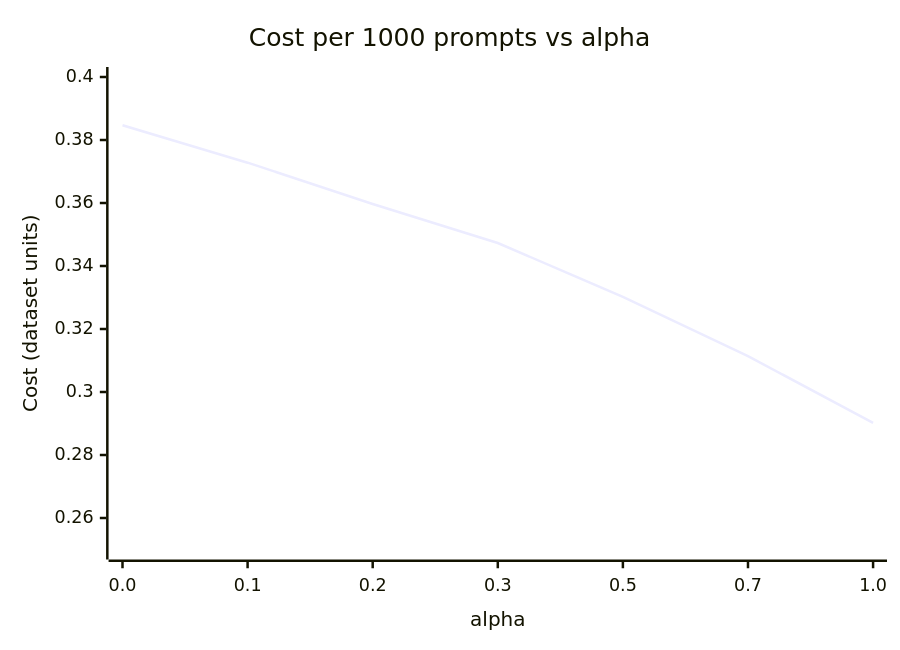
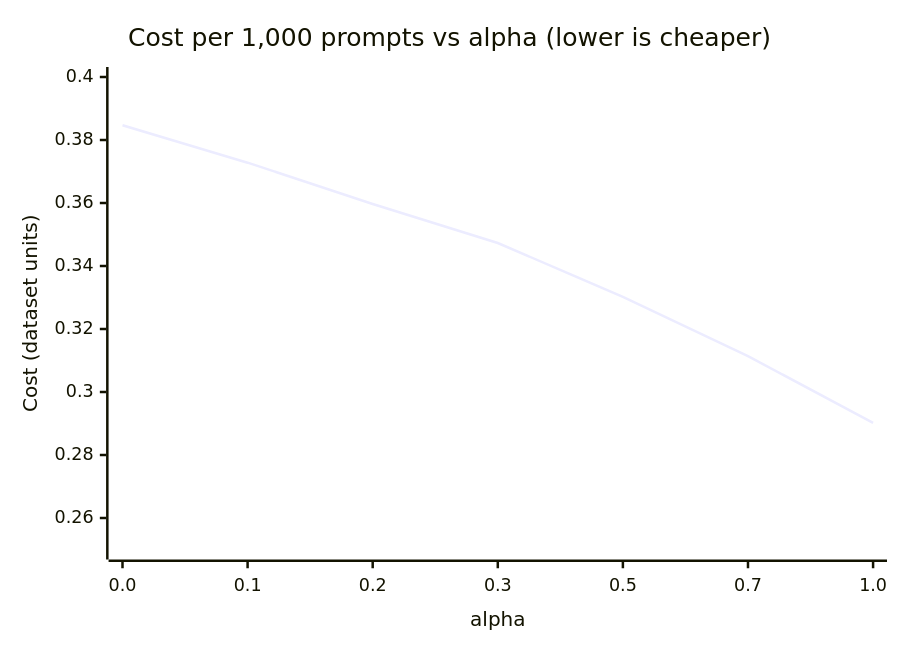
One commit to Monish-Ram250/RouterIQ changed the fourth of 4 diagrams in README.md. Above: the diagram before and after it, drawn with Mermaid. The commit also changed other lines of this file, not shown here.

````diff
--- a/README.md
+++ b/README.md
@@ -182,7 +202,7 @@
 ```mermaid
 xychart-beta
-    title "Cost per 1000 prompts vs alpha"
+    title "Cost per 1,000 prompts vs alpha (lower is cheaper)"
     x-axis "alpha" [0.0, 0.1, 0.2, 0.3, 0.5, 0.7, 1.0]
     y-axis "Cost (dataset units)" 0.25 --> 0.40
     line [0.3847, 0.3728, 0.3597, 0.3473, 0.3302, 0.3114, 0.2902]
 ```
````
